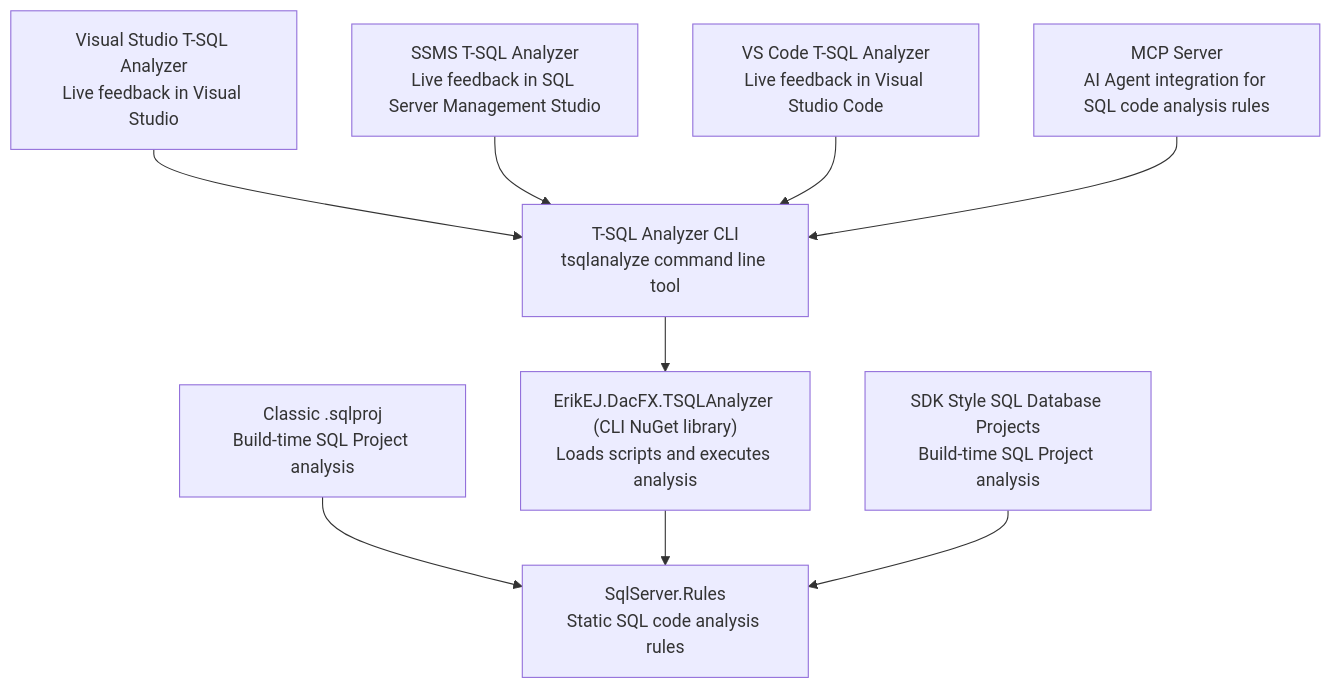
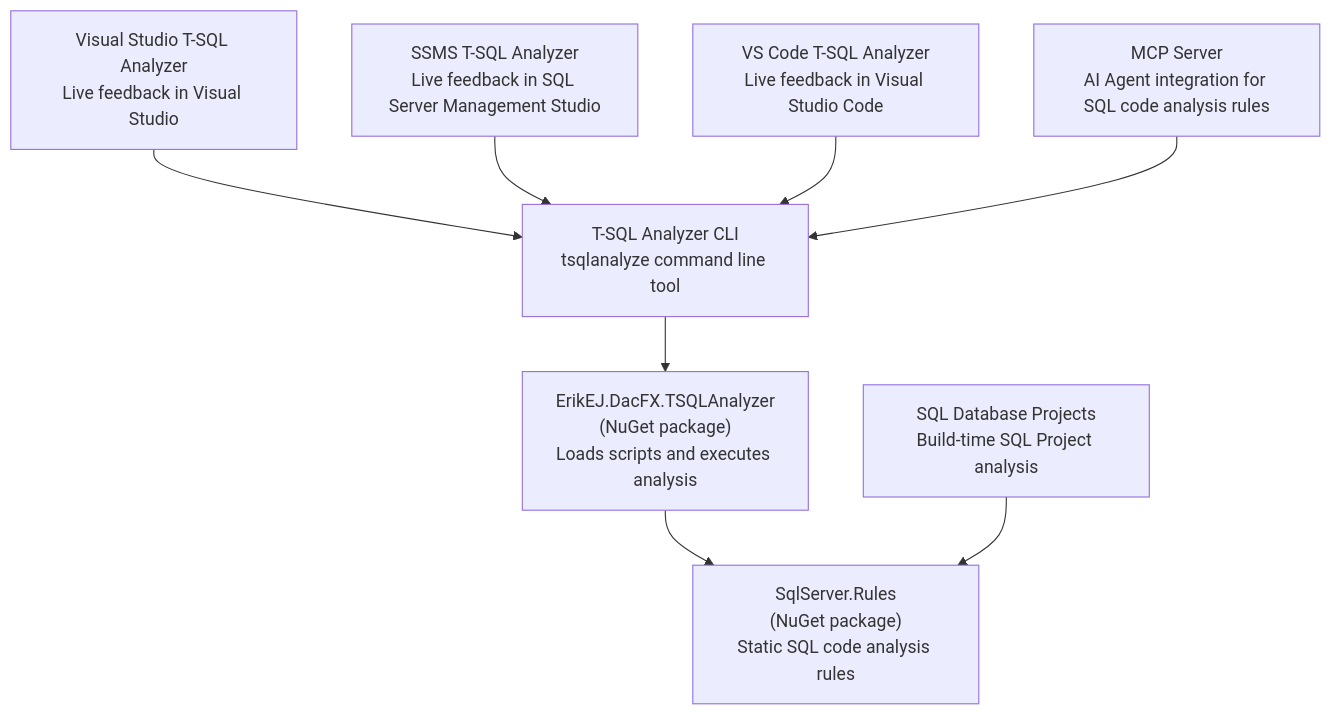
Before and after one commit to ErikEJ/SqlServer.Rules: the diagram in README.md, drawn with Mermaid.

Commit message:
Improve readme (#742)

````diff
--- a/README.md
+++ b/README.md
@@ -24,21 +24,19 @@
 ```mermaid
 flowchart TD
     VS["Visual Studio T-SQL Analyzer<br/>Live feedback in Visual Studio"]
     SSMS["SSMS T-SQL Analyzer<br/>Live feedback in SQL Server Management Studio"]
     VSC["VS Code T-SQL Analyzer<br/>Live feedback in Visual Studio Code"]
     CLI["T-SQL Analyzer CLI<br/>tsqlanalyze command line tool"]
-    CLILIB["ErikEJ.DacFX.TSQLAnalyzer (CLI NuGet library)<br/>Loads scripts and executes analysis"]
-    MBSQL["SDK Style SQL Database Projects<br/>Build-time SQL Project analysis"]
-    CLASSIC["Classic .sqlproj<br/>Build-time SQL Project analysis"]
-    RULES["SqlServer.Rules<br/>Static SQL code analysis rules"]
+    CLILIB["ErikEJ.DacFX.TSQLAnalyzer<br/>(NuGet package)<br/>Loads scripts and executes analysis"]
+    MBSQL["SQL Database Projects<br/>Build-time SQL Project analysis"]
+    RULES["SqlServer.Rules<br/>(NuGet package)<br/>Static SQL code analysis rules"]
     MCP["MCP Server<br/>AI Agent integration for SQL code analysis rules"]
 
     VS --> CLI
     SSMS --> CLI
     VSC --> CLI
-    CLASSIC --> RULES
     CLI --> CLILIB
     CLILIB --> RULES
     MBSQL --> RULES
     MCP --> CLI
 ```
````
